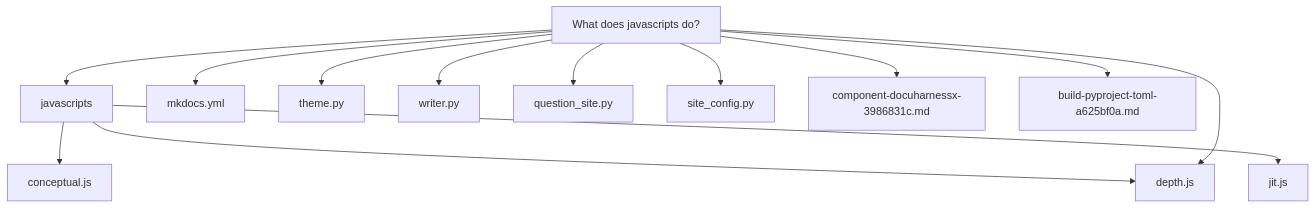
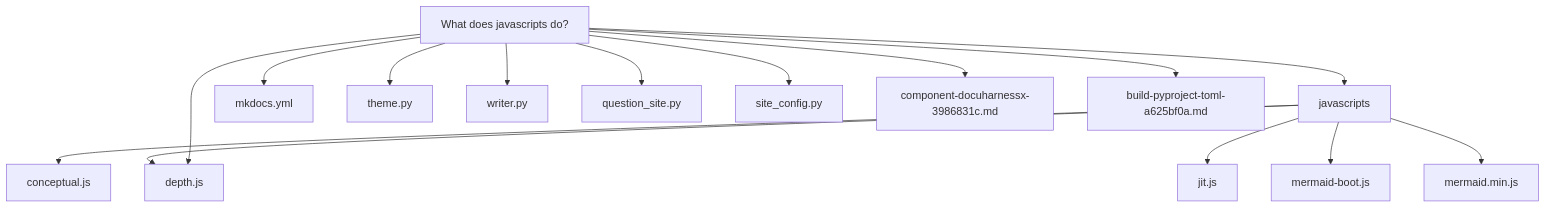
One commit to norandom/DocuHarnessX changed the third of 4 diagrams in docs/component-javascripts-2aa9650e.md. Above: the diagram before and after it, drawn with Mermaid. The commit also changed 1 other file, not shown here.

Commit message:
[dhx] update living docs and MkDocs

````diff
--- a/docs/component-javascripts-2aa9650e.md
+++ b/docs/component-javascripts-2aa9650e.md
@@ -91,27 +91,31 @@
 ```mermaid
 flowchart TB
  n0["What does javascripts do?"]
  n1["javascripts"]
  n2["conceptual.js"]
  n3["depth.js"]
  n4["jit.js"]
- n5["mkdocs.yml"]
- n6["theme.py"]
- n7["writer.py"]
- n8["question_site.py"]
- n9["site_config.py"]
- n10["component-docuharnessx-3986831c.md"]
- n11["build-pyproject-toml-a625bf0a.md"]
+ n5["mermaid-boot.js"]
+ n6["mermaid.min.js"]
+ n7["mkdocs.yml"]
+ n8["theme.py"]
+ n9["writer.py"]
+ n10["question_site.py"]
+ n11["site_config.py"]
+ n12["component-docuharnessx-3986831c.md"]
+ n13["build-pyproject-toml-a625bf0a.md"]
  n0 --> n1
  n1 --> n2
  n1 --> n3
  n1 --> n4
- n0 --> n5
- n0 --> n6
+ n1 --> n5
+ n1 --> n6
  n0 --> n7
  n0 --> n8
- n0 --> n3
  n0 --> n9
  n0 --> n10
+ n0 --> n3
  n0 --> n11
+ n0 --> n12
+ n0 --> n13
 ```
````
